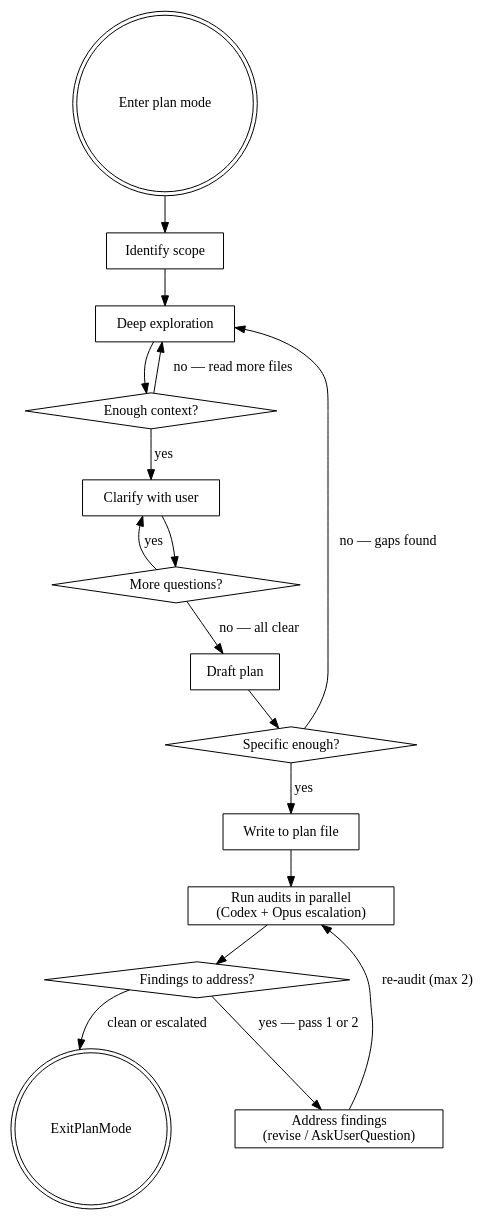
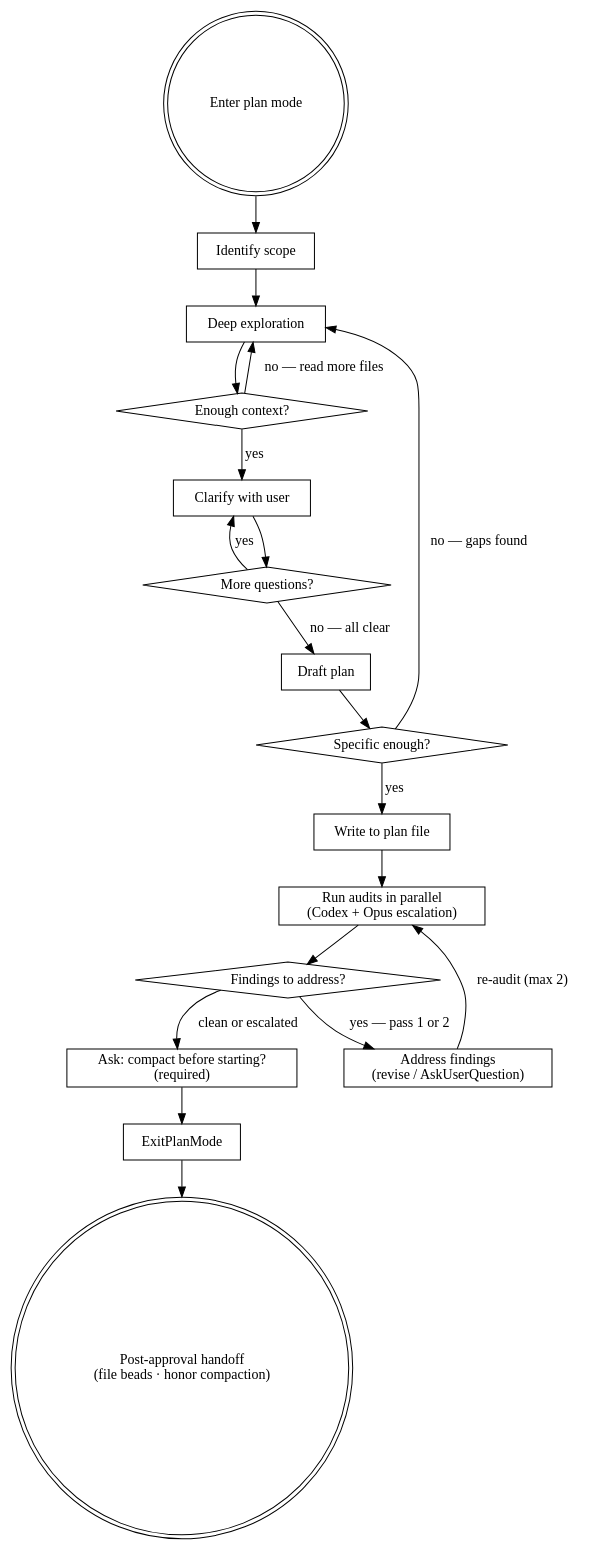
The diagram in dot_claude/skills/plan-mode-plans/SKILL.md (alexwu/dotfiles), drawn with Graphviz before and after one commit. The commit also changed other lines of this file and 2 other files, not shown here.

Commit message:
docs(plan-mode): Adds compaction and beads handoff guidance

````diff
--- a/dot_claude/skills/plan-mode-plans/SKILL.md
+++ b/dot_claude/skills/plan-mode-plans/SKILL.md
@@ -34,34 +34,38 @@
 ```dot
 digraph plan_mode {
     "Enter plan mode" [shape=doublecircle];
     "Identify scope" [shape=box];
     "Deep exploration" [shape=box];
     "Enough context?" [shape=diamond];
     "Clarify with user" [shape=box];
     "More questions?" [shape=diamond];
     "Draft plan" [shape=box];
     "Specific enough?" [shape=diamond];
     "Write to plan file" [shape=box];
     "Run audits in parallel\n(Codex + Opus escalation)" [shape=box];
     "Findings to address?" [shape=diamond];
     "Address findings\n(revise / AskUserQuestion)" [shape=box];
-    "ExitPlanMode" [shape=doublecircle];
+    "Ask: compact before starting?\n(required)" [shape=box];
+    "ExitPlanMode" [shape=box];
+    "Post-approval handoff\n(file beads · honor compaction)" [shape=doublecircle];
 
     "Enter plan mode" -> "Identify scope";
     "Identify scope" -> "Deep exploration";
     "Deep exploration" -> "Enough context?";
     "Enough context?" -> "Deep exploration" [label="no — read more files"];
     "Enough context?" -> "Clarify with user" [label="yes"];
     "Clarify with user" -> "More questions?";
     "More questions?" -> "Clarify with user" [label="yes"];
     "More questions?" -> "Draft plan" [label="no — all clear"];
     "Draft plan" -> "Specific enough?";
     "Specific enough?" -> "Deep exploration" [label="no — gaps found"];
     "Specific enough?" -> "Write to plan file" [label="yes"];
     "Write to plan file" -> "Run audits in parallel\n(Codex + Opus escalation)";
     "Run audits in parallel\n(Codex + Opus escalation)" -> "Findings to address?";
     "Findings to address?" -> "Address findings\n(revise / AskUserQuestion)" [label="yes — pass 1 or 2"];
     "Address findings\n(revise / AskUserQuestion)" -> "Run audits in parallel\n(Codex + Opus escalation)" [label="re-audit (max 2)"];
-    "Findings to address?" -> "ExitPlanMode" [label="clean or escalated"];
+    "Findings to address?" -> "Ask: compact before starting?\n(required)" [label="clean or escalated"];
+    "Ask: compact before starting?\n(required)" -> "ExitPlanMode";
+    "ExitPlanMode" -> "Post-approval handoff\n(file beads · honor compaction)";
 }
 ```
````
